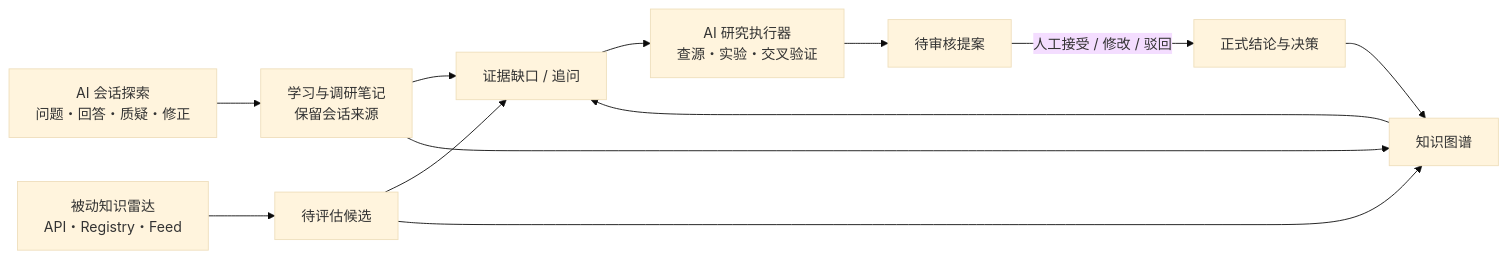
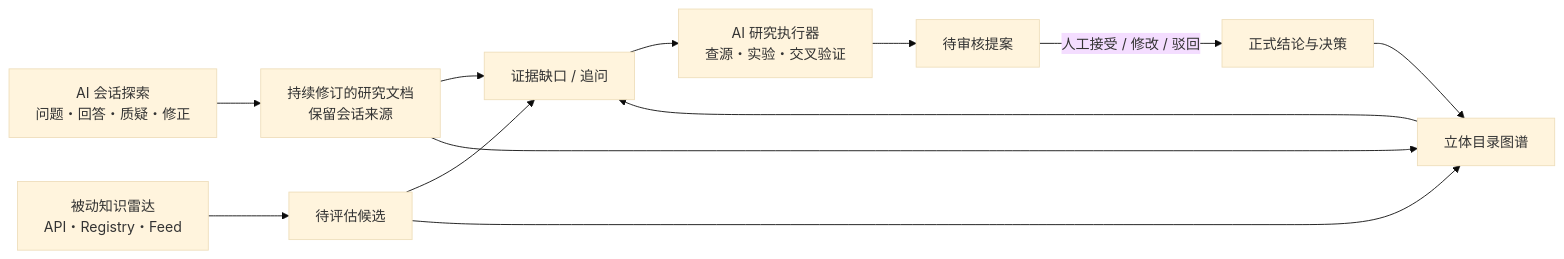
One commit to WXD7/agent-tech-radar changed the diagram in README.md. Above: the diagram before and after it, drawn with Mermaid (base theme). The commit also changed other lines of this file and 50 other files, not shown here.

````diff
--- a/README.md
+++ b/README.md
@@ -94,14 +124,14 @@
 ```mermaid
 flowchart LR
-    Conversation["AI 会话探索\n问题・回答・质疑・修正"] --> Notes["学习与调研笔记\n保留会话来源"]
+    Conversation["AI 会话探索\n问题・回答・质疑・修正"] --> Documents["持续修订的研究文档\n保留会话来源"]
     Discovery["被动知识雷达\nAPI・Registry・Feed"] --> Candidates["待评估候选"]
-    Notes --> Gaps["证据缺口 / 追问"]
+    Documents --> Gaps["证据缺口 / 追问"]
     Candidates --> Gaps
     Gaps --> Research["AI 研究执行器\n查源・实验・交叉验证"]
     Research --> Proposals["待审核提案"]
     Proposals -->|"人工接受 / 修改 / 驳回"| Knowledge["正式结论与决策"]
-    Knowledge --> Graph["知识图谱"]
-    Notes --> Graph
+    Knowledge --> Graph["立体目录图谱"]
+    Documents --> Graph
     Candidates --> Graph
     Graph --> Gaps
 ```
````
